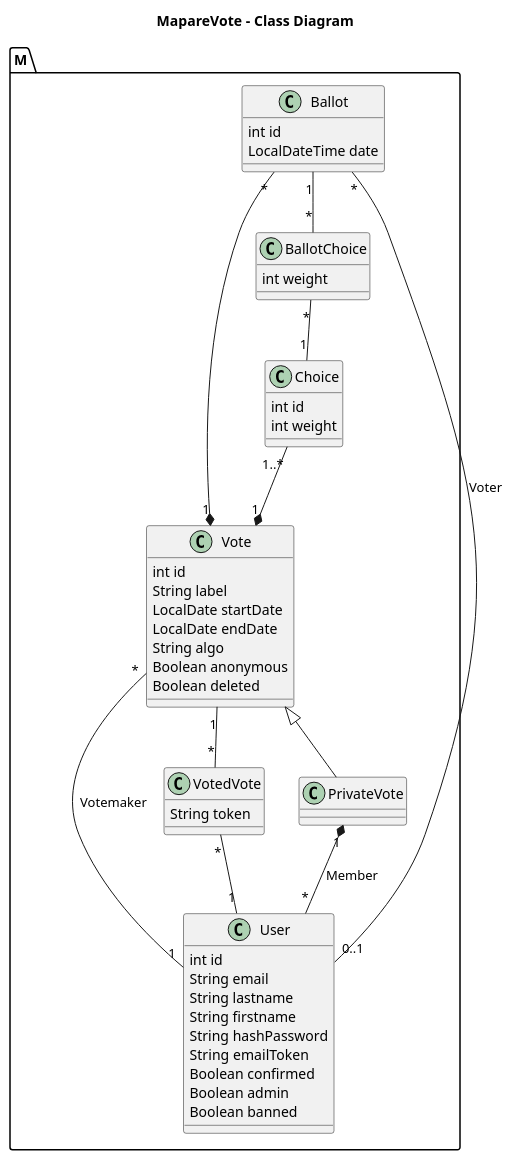
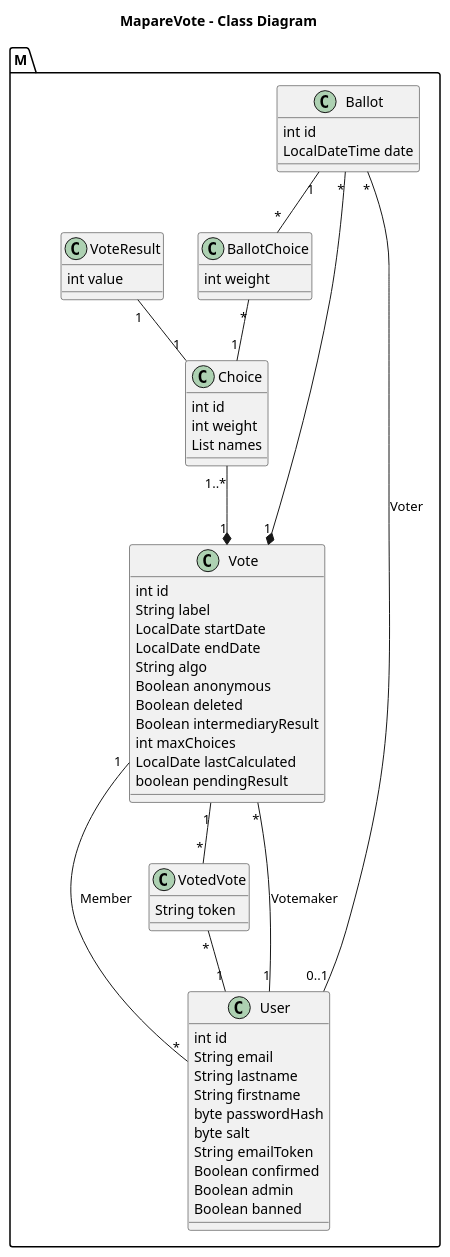
The diagram in UML/MapareVoteClass.iuml (dptinfoutln/MapareVote), drawn with PlantUML before and after one commit.

```diff
--- a/UML/MapareVoteClass.iuml
+++ b/UML/MapareVoteClass.iuml
@@ -1,61 +1,68 @@
 @startuml
 
 title MapareVote - Class Diagram
 
 package M {
     class Vote {
         int id
         String label
         LocalDate startDate
         LocalDate endDate
         String algo
         Boolean anonymous
         Boolean deleted
+        Boolean intermediaryResult
+        int maxChoices
+        LocalDate lastCalculated
+        boolean pendingResult
     }
-    
-    class PrivateVote
     
     class Choice {
         int id
         int weight
+        List names
     }
     
     class Ballot {
         int id
         LocalDateTime date
     }
     
     class User {
         int id
         String email
         String lastname
         String firstname
-        String hashPassword
+        byte passwordHash
+        byte salt
         String emailToken
         Boolean confirmed
         Boolean admin
         Boolean banned
     }
     
     class VotedVote {
         String token
     }
     
     class BallotChoice {
         int weight
     }
+    class VoteResult {
+        int value
+    }
 }
 
 
 Choice "1..*" --* "1" Vote
 Ballot "*" --* "1" Vote
 Ballot "1" -- "*" BallotChoice
 BallotChoice "*" -- "1" Choice
 Ballot "*" -- "0..1" User:Voter
 Vote "*" --- "1" User:Votemaker
-PrivateVote "1" *-- "*" User:Member
+Vote "1" -- "*" User:Member
 Vote "1"-- "*" VotedVote
 VotedVote "*" -- "1" User
-Vote <|-- PrivateVote
+VoteResult "1" -- "1" Choice
 
 @enduml
```
